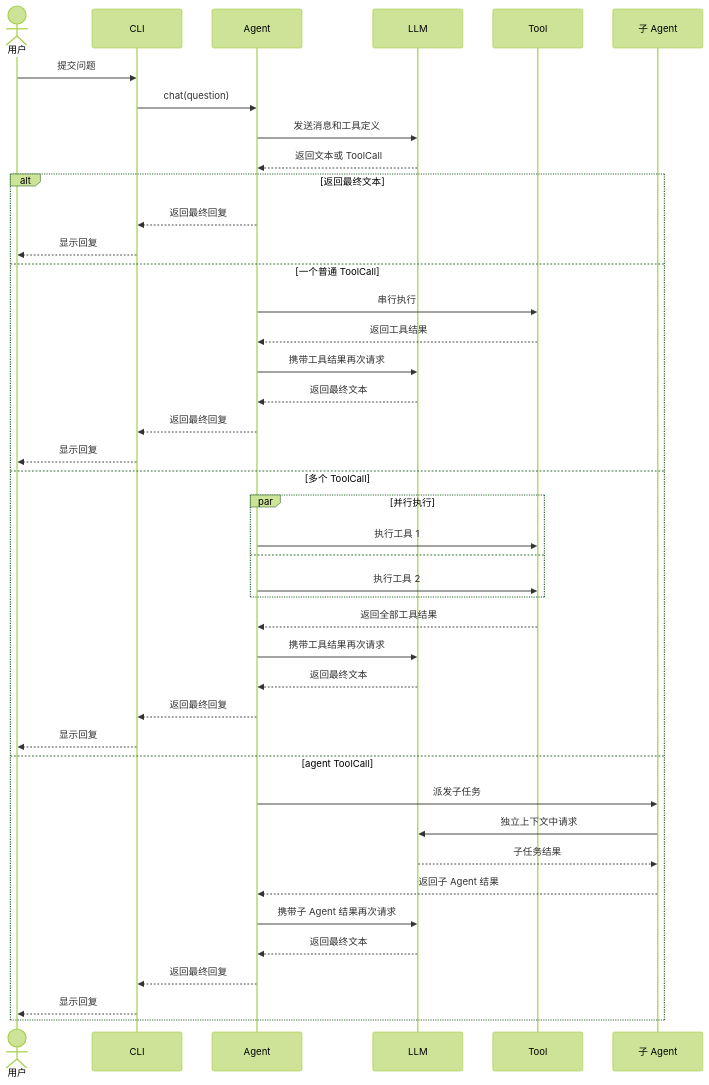
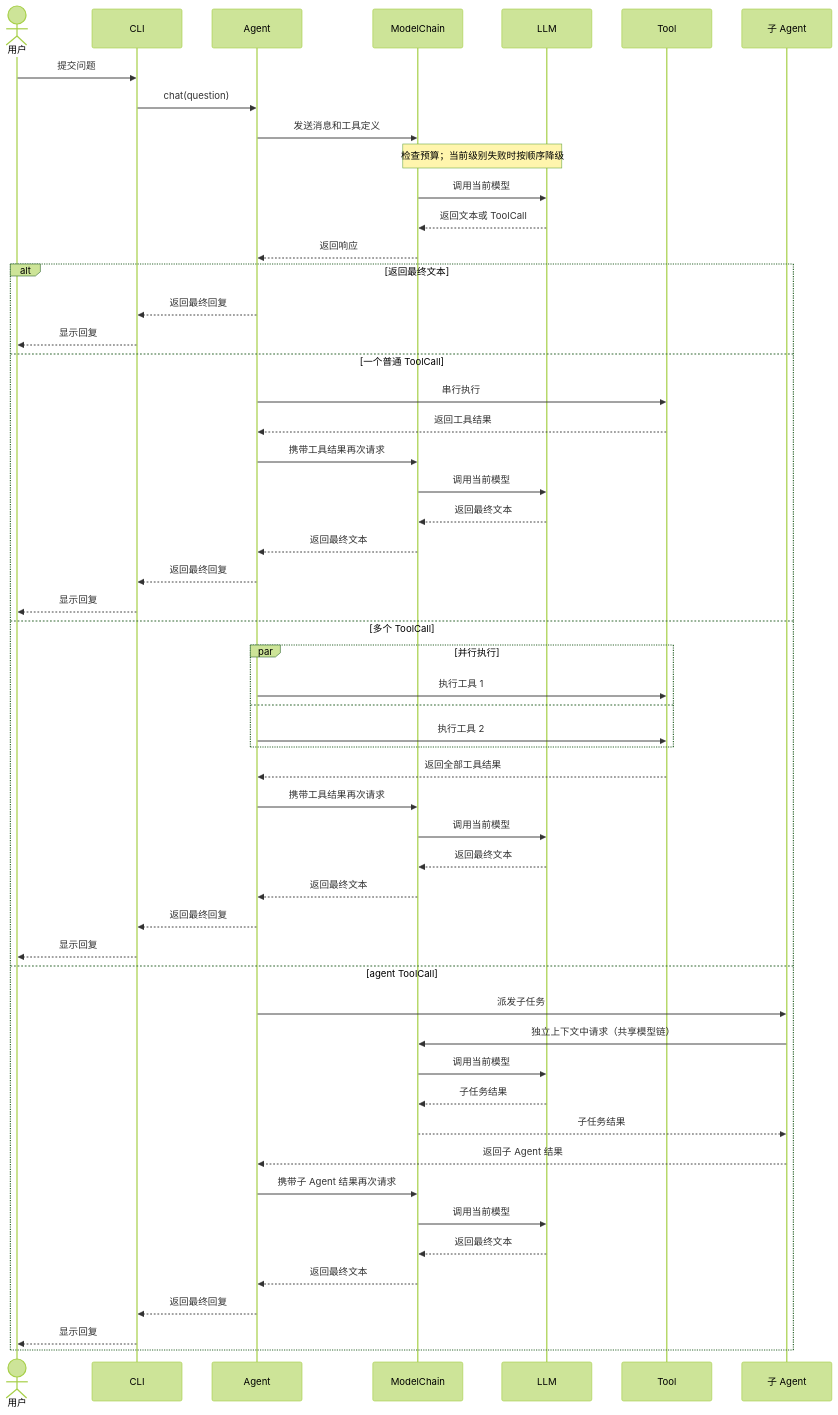
Before and after one commit to Zorinman/AI-CoreCoder: the third of 3 diagrams in CoreCoder/docs/本项目相关/Structure.md, drawn with Mermaid (forest theme). The commit also changed other lines of this file and 20 other files, not shown here.

````diff
--- a/CoreCoder/docs/本项目相关/Structure.md
+++ b/CoreCoder/docs/本项目相关/Structure.md
@@ -619,46 +682,58 @@
 ```mermaid
 sequenceDiagram
     actor User as 用户
     participant CLI as CLI
     participant Agent as Agent
+    participant Chain as ModelChain
     participant LLM as LLM
     participant Tool as Tool
     participant Sub as 子 Agent
 
     User->>CLI: 提交问题
     CLI->>Agent: chat(question)
-    Agent->>LLM: 发送消息和工具定义
-    LLM-->>Agent: 返回文本或 ToolCall
+    Agent->>Chain: 发送消息和工具定义
+    Note over Chain,LLM: 检查预算；当前级别失败时按顺序降级
+    Chain->>LLM: 调用当前模型
+    LLM-->>Chain: 返回文本或 ToolCall
+    Chain-->>Agent: 返回响应
 
     alt 返回最终文本
         Agent-->>CLI: 返回最终回复
         CLI-->>User: 显示回复
     else 一个普通 ToolCall
         Agent->>Tool: 串行执行
         Tool-->>Agent: 返回工具结果
-        Agent->>LLM: 携带工具结果再次请求
-        LLM-->>Agent: 返回最终文本
+        Agent->>Chain: 携带工具结果再次请求
+        Chain->>LLM: 调用当前模型
+        LLM-->>Chain: 返回最终文本
+        Chain-->>Agent: 返回最终文本
         Agent-->>CLI: 返回最终回复
         CLI-->>User: 显示回复
     else 多个 ToolCall
         par 并行执行
             Agent->>Tool: 执行工具 1
         and
             Agent->>Tool: 执行工具 2
         end
         Tool-->>Agent: 返回全部工具结果
-        Agent->>LLM: 携带工具结果再次请求
-        LLM-->>Agent: 返回最终文本
+        Agent->>Chain: 携带工具结果再次请求
+        Chain->>LLM: 调用当前模型
+        LLM-->>Chain: 返回最终文本
+        Chain-->>Agent: 返回最终文本
         Agent-->>CLI: 返回最终回复
         CLI-->>User: 显示回复
     else agent ToolCall
         Agent->>Sub: 派发子任务
-        Sub->>LLM: 独立上下文中请求
-        LLM-->>Sub: 子任务结果
+        Sub->>Chain: 独立上下文中请求（共享模型链）
+        Chain->>LLM: 调用当前模型
+        LLM-->>Chain: 子任务结果
+        Chain-->>Sub: 子任务结果
         Sub-->>Agent: 返回子 Agent 结果
-        Agent->>LLM: 携带子 Agent 结果再次请求
-        LLM-->>Agent: 返回最终文本
+        Agent->>Chain: 携带子 Agent 结果再次请求
+        Chain->>LLM: 调用当前模型
+        LLM-->>Chain: 返回最终文本
+        Chain-->>Agent: 返回最终文本
         Agent-->>CLI: 返回最终回复
         CLI-->>User: 显示回复
     end
 ```
````
